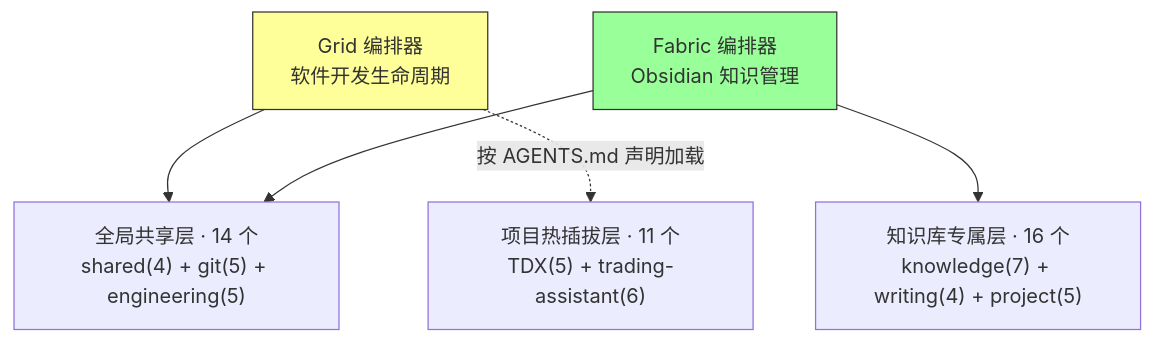
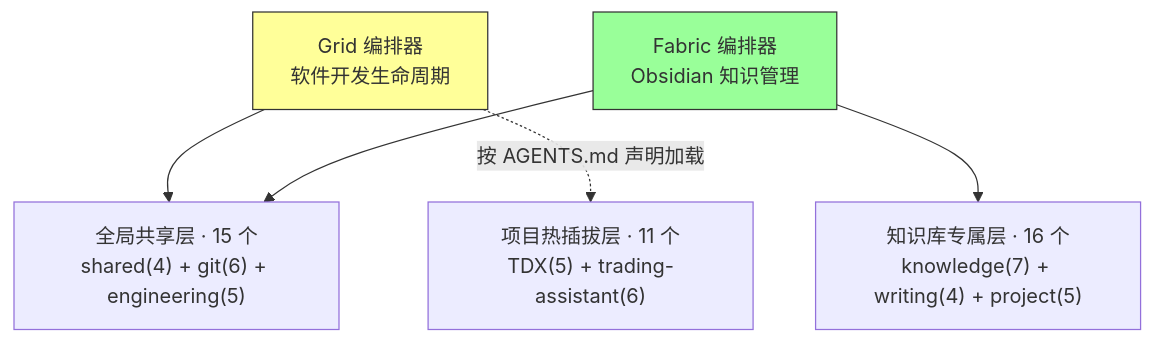
Before and after one commit to Grid0723/skills: the first of 3 diagrams in README.md, drawn with Mermaid. The commit also changed other lines of this file and 9 other files, not shown here.

````diff
--- a/README.md
+++ b/README.md
@@ -46,16 +47,16 @@
 ```mermaid
 graph TB
     GRID["Grid 编排器<br/>软件开发生命周期"]
     FAB["Fabric 编排器<br/>Obsidian 知识管理"]
-    SHARED["全局共享层 · 14 个<br/>shared(4) + git(5) + engineering(5)"]
+    SHARED["全局共享层 · 15 个<br/>shared(4) + git(6) + engineering(5)"]
     VAULT["知识库专属层 · 16 个<br/>knowledge(7) + writing(4) + project(5)"]
     PROJ["项目热插拔层 · 11 个<br/>TDX(5) + trading-assistant(6)"]
 
     GRID --> SHARED
     FAB --> SHARED
     FAB --> VAULT
     GRID -.->|按 AGENTS.md 声明加载| PROJ
 
     style GRID fill:#ff9,stroke:#333
     style FAB fill:#9f9,stroke:#333
 ```
````
